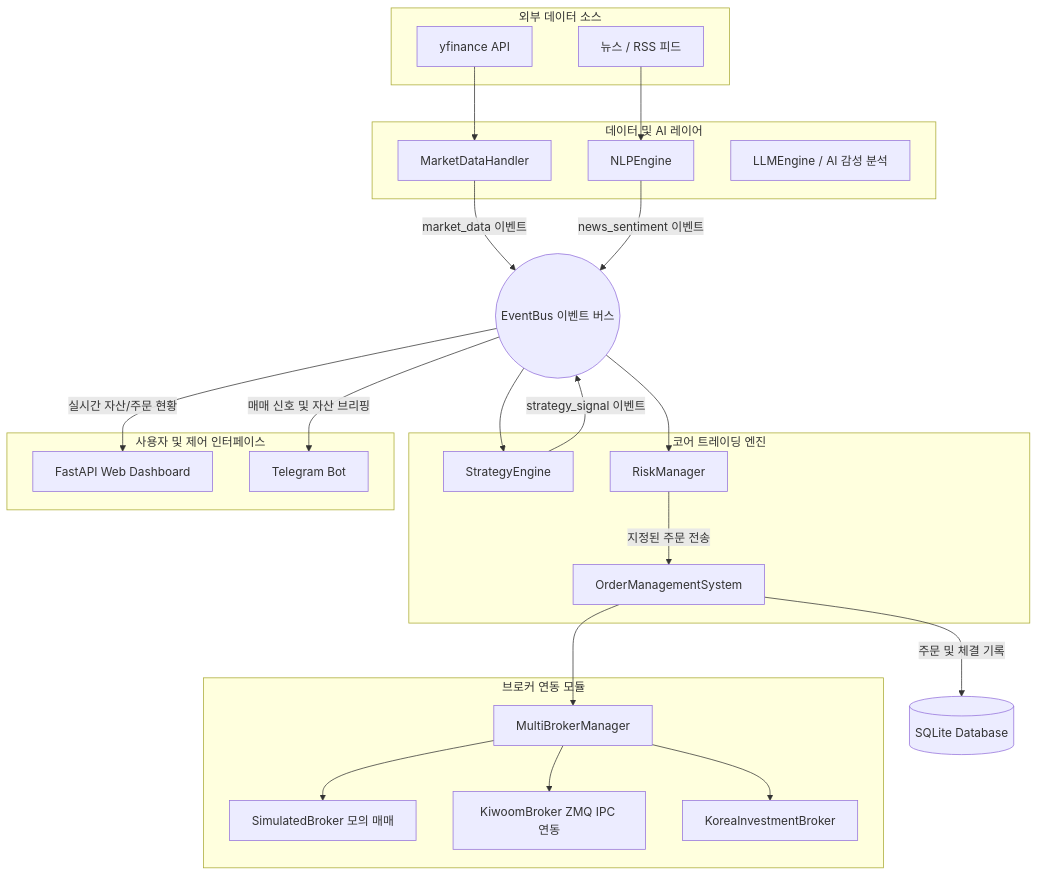
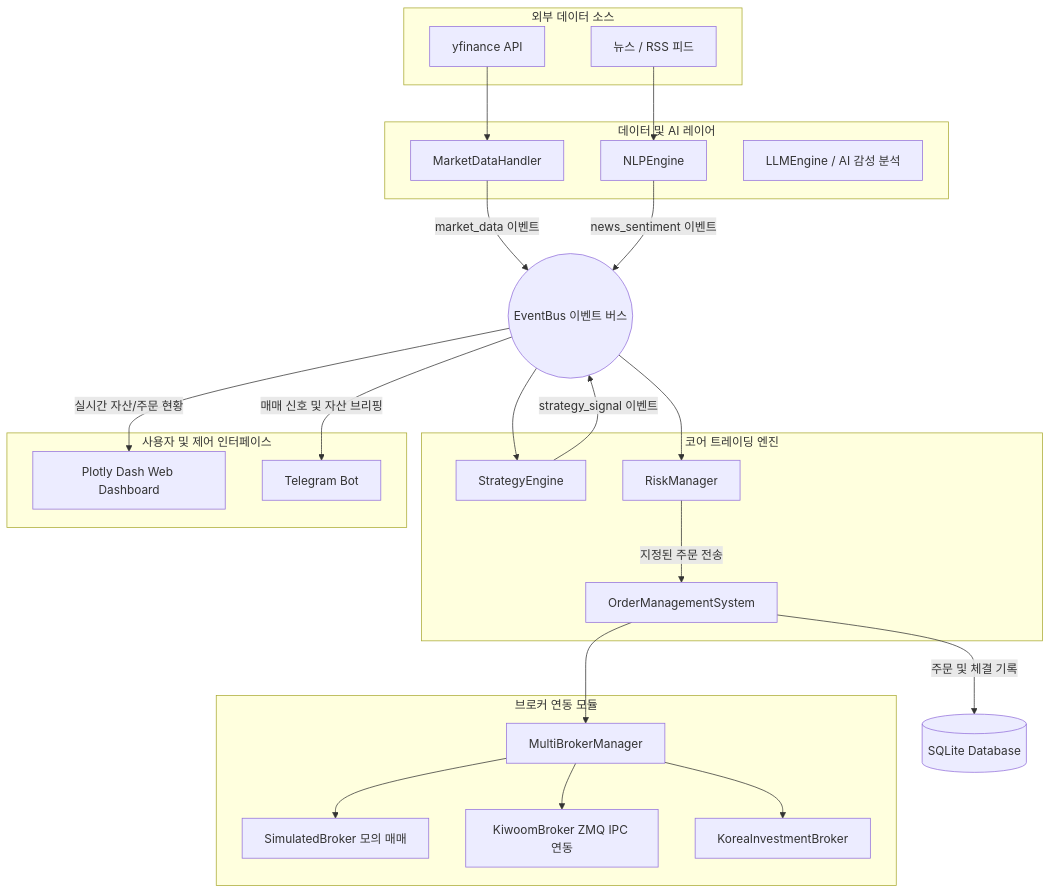
Before and after one commit to kthur/stock: the diagram in trading_system/docs/SYSTEM_ARCHITECTURE.md, drawn with Mermaid. The commit also changed other lines of this file and 1 other file, not shown here.

Commit message:
docs: update dashboard framework description to Plotly Dash in SYSTEM_ARCHITECTURE.md and README.md

````diff
--- a/trading_system/docs/SYSTEM_ARCHITECTURE.md
+++ b/trading_system/docs/SYSTEM_ARCHITECTURE.md
@@ -11,63 +11,63 @@
 ```mermaid
 graph TD
     %% 외부 데이터 소스 및 입력
     subgraph External_Inputs [외부 데이터 소스]
         YF[yfinance API]
         News[뉴스 / RSS 피드]
     end
 
     %% 데이터 처리 및 분석
     subgraph Data_Layer [데이터 및 AI 레이어]
         MDH[MarketDataHandler]
         NLP[NLPEngine]
         LLM[LLMEngine / AI 감성 분석]
     end
 
     %% 이벤트 처리 허브
     EB((EventBus 이벤트 버스))
 
     %% 코어 트레이딩 프로세스
     subgraph Trading_Core [코어 트레이딩 엔진]
         STE[StrategyEngine]
         RM[RiskManager]
         OMS[OrderManagementSystem]
     end
 
     %% 브로커 레이어
     subgraph Broker_Layer [브로커 연동 모듈]
         MBM[MultiBrokerManager]
         SimB[SimulatedBroker 모의 매매]
         KB[KiwoomBroker ZMQ IPC 연동]
         KIS[KoreaInvestmentBroker]
     end
 
     %% 모니터링 및 사용자 인터페이스
     subgraph User_Interface [사용자 및 제어 인터페이스]
-        Dash[FastAPI Web Dashboard]
+        Dash[Plotly Dash Web Dashboard]
         TG[Telegram Bot]
     end
 
     %% 데이터베이스 영속성
     DB[(SQLite Database)]
 
     %% 데이터 흐름 연결
     YF --> MDH
     News --> NLP
     MDH -- "market_data 이벤트" --> EB
     NLP -- "news_sentiment 이벤트" --> EB
     
     EB --> STE
     STE -- "strategy_signal 이벤트" --> EB
     EB --> RM
     RM -- "지정된 주문 전송" --> OMS
     
     OMS --> MBM
     MBM --> SimB
     MBM --> KB
     MBM --> KIS
     
     %% 데이터베이스 및 대시보드 저장/전달
     OMS -- "주문 및 체결 기록" --> DB
     EB -- "실시간 자산/주문 현황" --> Dash
     EB -- "매매 신호 및 자산 브리핑" --> TG
 ```
````
